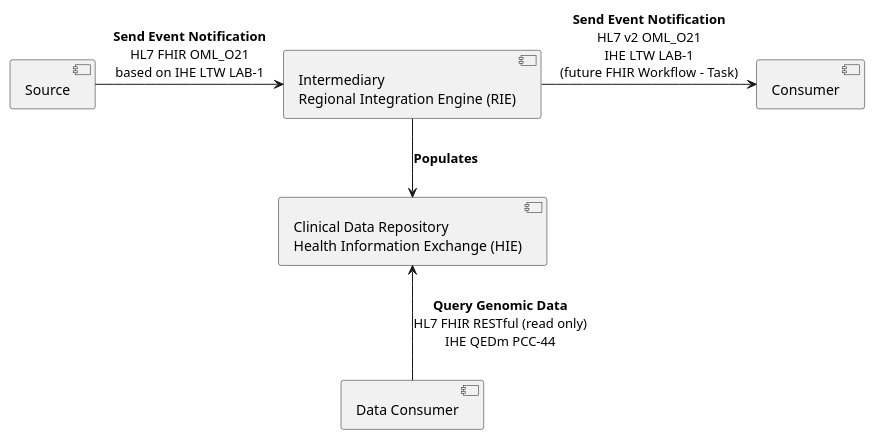
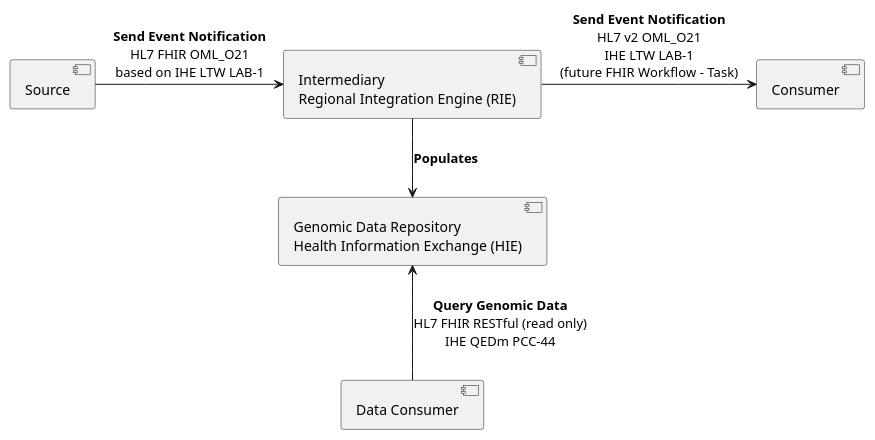
Before and after one commit to uk-gov-mirror/nw-gmsa.nw-gmsa.github.com: the diagram in input/images-source/architecture-laboratory-order.plantuml, drawn with PlantUML. The commit also changed 9 other files, not shown here.

```diff
--- a/input/images-source/architecture-laboratory-order.plantuml
+++ b/input/images-source/architecture-laboratory-order.plantuml
@@ -1,14 +1,14 @@
 @startuml
 
  component "Source" as LIMS
  component "Consumer" as EPR
  component "Data Consumer" as HIE
  component "Intermediary\nRegional Integration Engine (RIE)" as TIE
- component "Clinical Data Repository\nHealth Information Exchange (HIE)" as CDR
+ component "Genomic Data Repository\nHealth Information Exchange (HIE)" as CDR
 
  LIMS -r-> TIE : **Send Event Notification**\nHL7 FHIR OML_O21\nbased on IHE LTW LAB-1
  TIE -r-> EPR: **Send Event Notification**\nHL7 v2 OML_O21\nIHE LTW LAB-1\n(future FHIR Workflow - Task)
  TIE -d-> CDR: **Populates**
  HIE -u-> CDR: **Query Genomic Data**\nHL7 FHIR RESTful (read only)\nIHE QEDm PCC-44
 
 @enduml
```
